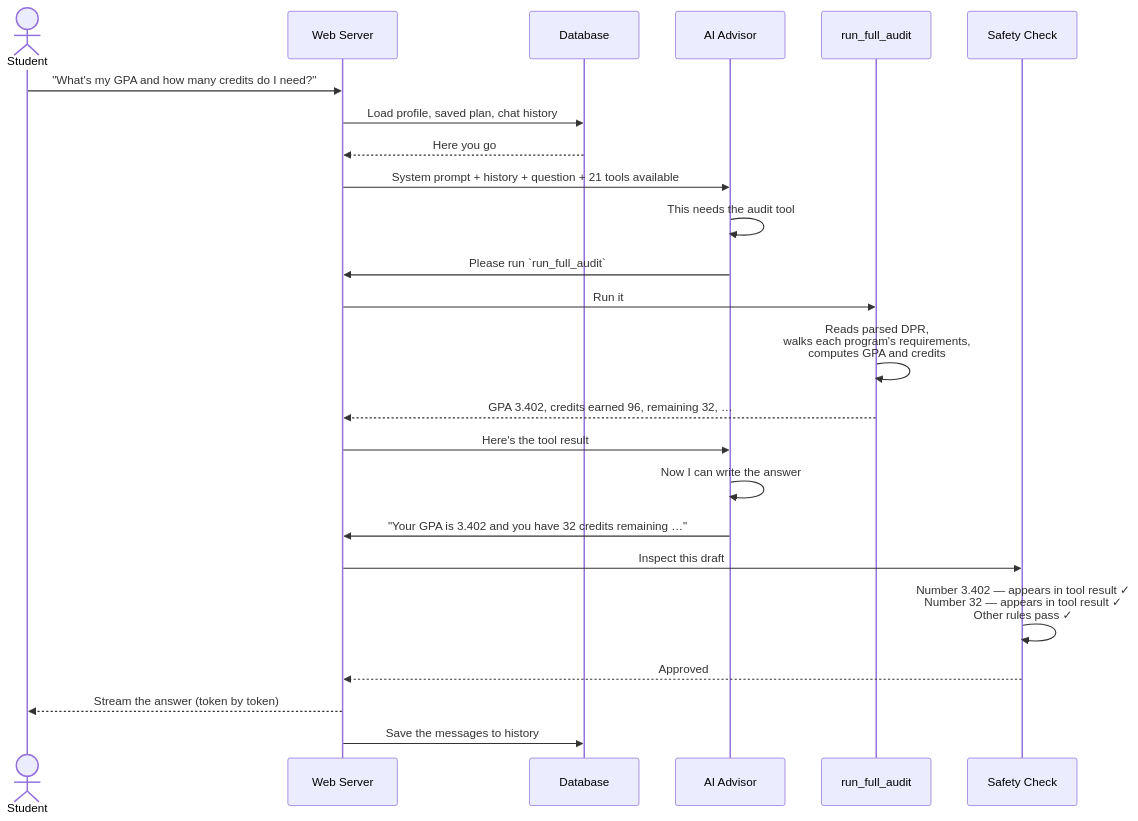
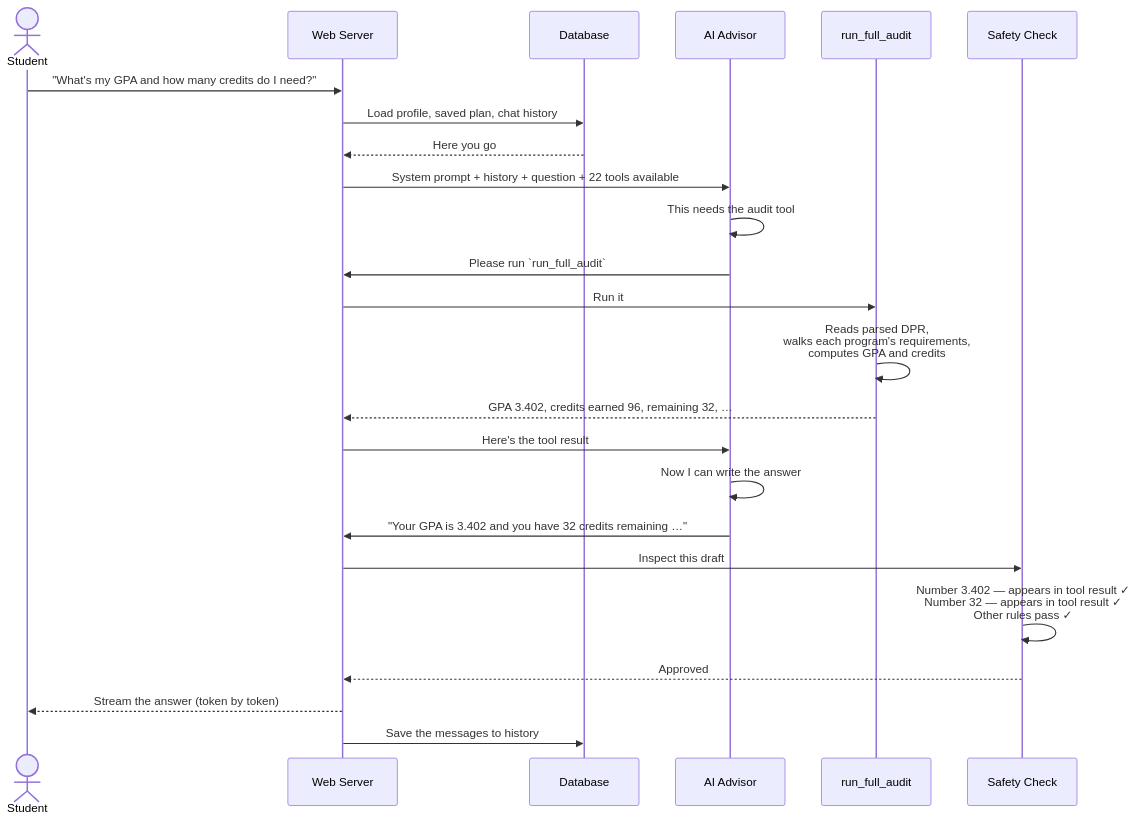
One commit to EdoardoMongardi/NYU_Path changed the fifth of 5 diagrams in Project Documentations/00-overview.md. Above: the diagram before and after it, drawn with Mermaid. The commit also changed other lines of this file and 6 other files, not shown here.

````diff
--- a/Project Documentations/00-overview.md
+++ b/Project Documentations/00-overview.md
@@ -255,27 +256,27 @@
 ```mermaid
 sequenceDiagram
     actor Student
     participant Web as Web Server
     participant DB as Database
     participant Brain as AI Advisor
     participant Tool as run_full_audit
     participant Check as Safety Check
 
     Student->>Web: "What's my GPA and how many credits do I need?"
     Web->>DB: Load profile, saved plan, chat history
     DB-->>Web: Here you go
-    Web->>Brain: System prompt + history + question + 21 tools available
+    Web->>Brain: System prompt + history + question + 22 tools available
     Brain->>Brain: This needs the audit tool
     Brain->>Web: Please run `run_full_audit`
     Web->>Tool: Run it
     Tool->>Tool: Reads parsed DPR,<br/>walks each program's requirements,<br/>computes GPA and credits
     Tool-->>Web: GPA 3.402, credits earned 96, remaining 32, …
     Web->>Brain: Here's the tool result
     Brain->>Brain: Now I can write the answer
     Brain->>Web: "Your GPA is 3.402 and you have 32 credits remaining …"
     Web->>Check: Inspect this draft
     Check->>Check: Number 3.402 — appears in tool result ✓<br/>Number 32 — appears in tool result ✓<br/>Other rules pass ✓
     Check-->>Web: Approved
     Web-->>Student: Stream the answer (token by token)
     Web->>DB: Save the messages to history
 ```
````
